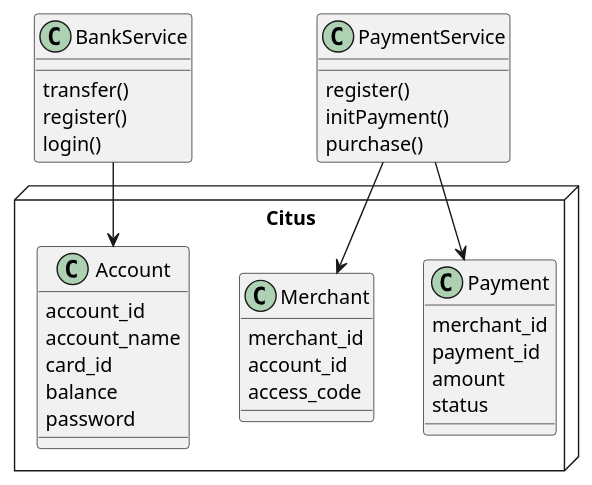
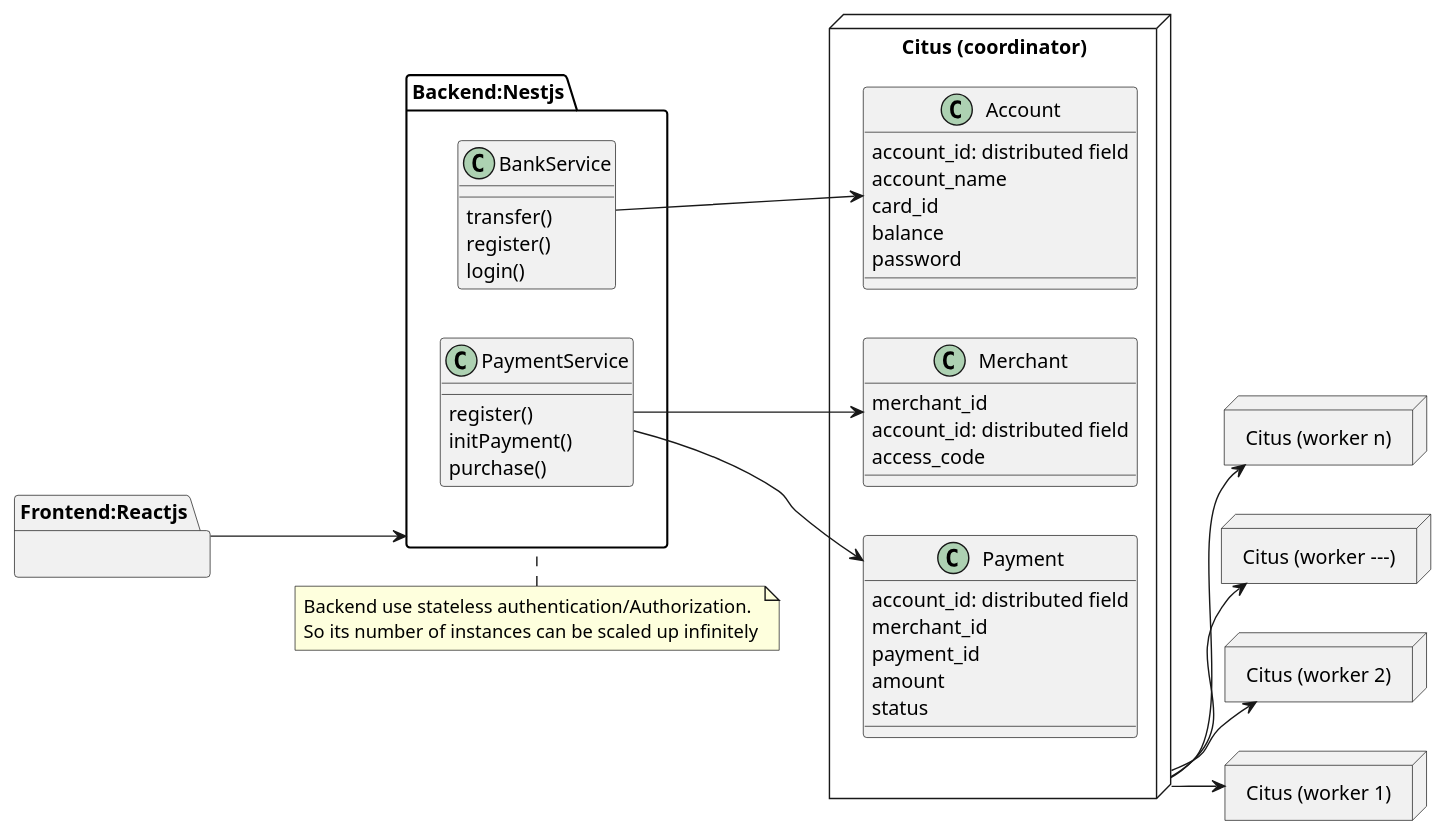
One commit to hoangnpdev/virtual-bank-BE-demo changed the diagram in diagram/virtual-bank.plantuml. Above: the diagram before and after it, drawn with PlantUML. The commit also changed 3 other files, not shown here.

```diff
--- a/diagram/virtual-bank.plantuml
+++ b/diagram/virtual-bank.plantuml
@@ -1,39 +1,74 @@
 @startuml
+left to right direction
+
+package Frontend:Reactjs {
+
+
+}
+
+"Frontend:Reactjs" --> "Backend:Nestjs"
+
+
+package Backend:Nestjs {
 class BankService {
     transfer()
     register()
     login()
 }
 class PaymentService {
     register()
     initPayment()
     purchase()
 }
+}
 
-package Citus <<node>> {
+note top of "Backend:Nestjs"
+Backend use stateless authentication/Authorization.
+So its number of instances can be scaled up infinitely
+end note
+
+together {
+package "Citus (coordinator)" <<node>> {
     class Account {
-        account_id
+        account_id: distributed field
         account_name
         card_id
         balance
         password
     }
     class Merchant {
         merchant_id
-        account_id
+        account_id: distributed field
         access_code
     }
     class Payment {
+        account_id: distributed field
         merchant_id
         payment_id
         amount
         status
     }
+}
+
+package "Citus (worker 1)" <<node>> {
+}
+package "Citus (worker 2)" <<node>> {
+}
+package "Citus (worker ---)" <<node>> {
+}
+package "Citus (worker n)" <<node>> {
+}
+
+"Citus (coordinator)" --> "Citus (worker 1)"
+"Citus (coordinator)" --> "Citus (worker 2)"
+"Citus (coordinator)" --> "Citus (worker ---)"
+"Citus (coordinator)" --> "Citus (worker n)"
+
 }
 
 BankService --> Account
 
 PaymentService --> Merchant
 PaymentService --> Payment
 
 @enduml
```
